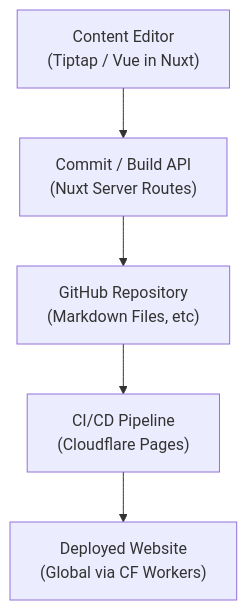
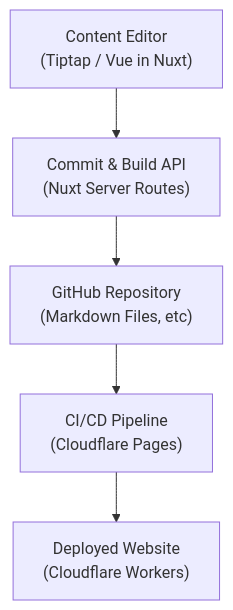
One commit to bagche/mamoochi changed the diagram in README.md. Above: the diagram before and after it, drawn with Mermaid. The commit also changed other lines of this file, not shown here.

````diff
--- a/README.md
+++ b/README.md
@@ -72,15 +68,7 @@
 ```mermaid
-
 flowchart TD
-  A["Content Editor<br>(Tiptap / Vue in Nuxt)"]
-  B["Commit / Build API<br>(Nuxt Server Routes)"]
-  C["GitHub Repository<br>(Markdown Files, etc)"]
-  D["CI/CD Pipeline<br>(Cloudflare Pages)"]
-  E["Deployed Website<br>(Global via CF Workers)"]
-
-  A --> B
-  B --> C
-  C --> D
-  D --> E
-
+  A["Content Editor<br>(Tiptap / Vue in Nuxt)"] --> B["Commit & Build API<br>(Nuxt Server Routes)"]
+  B --> C["GitHub Repository<br>(Markdown Files, etc)"]
+  C --> D["CI/CD Pipeline<br>(Cloudflare Pages)"]
+  D --> E["Deployed Website<br>(Cloudflare Workers)"]
 ```
````
